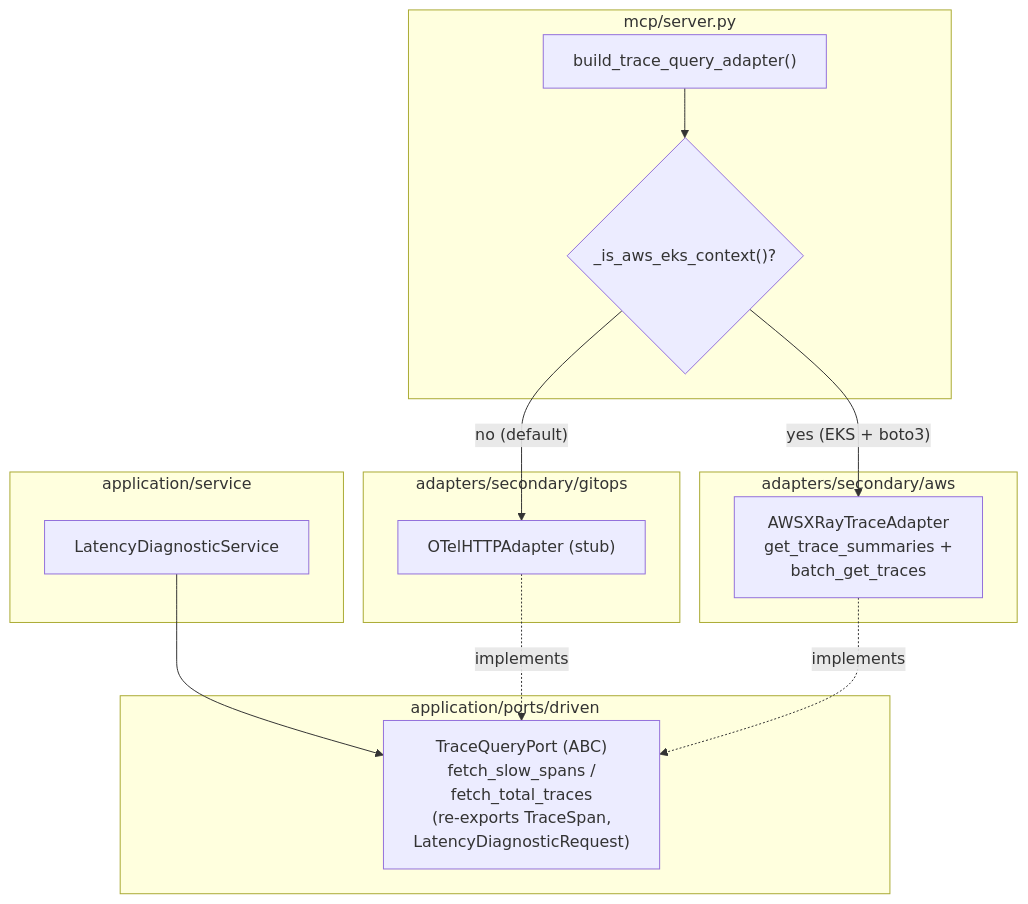
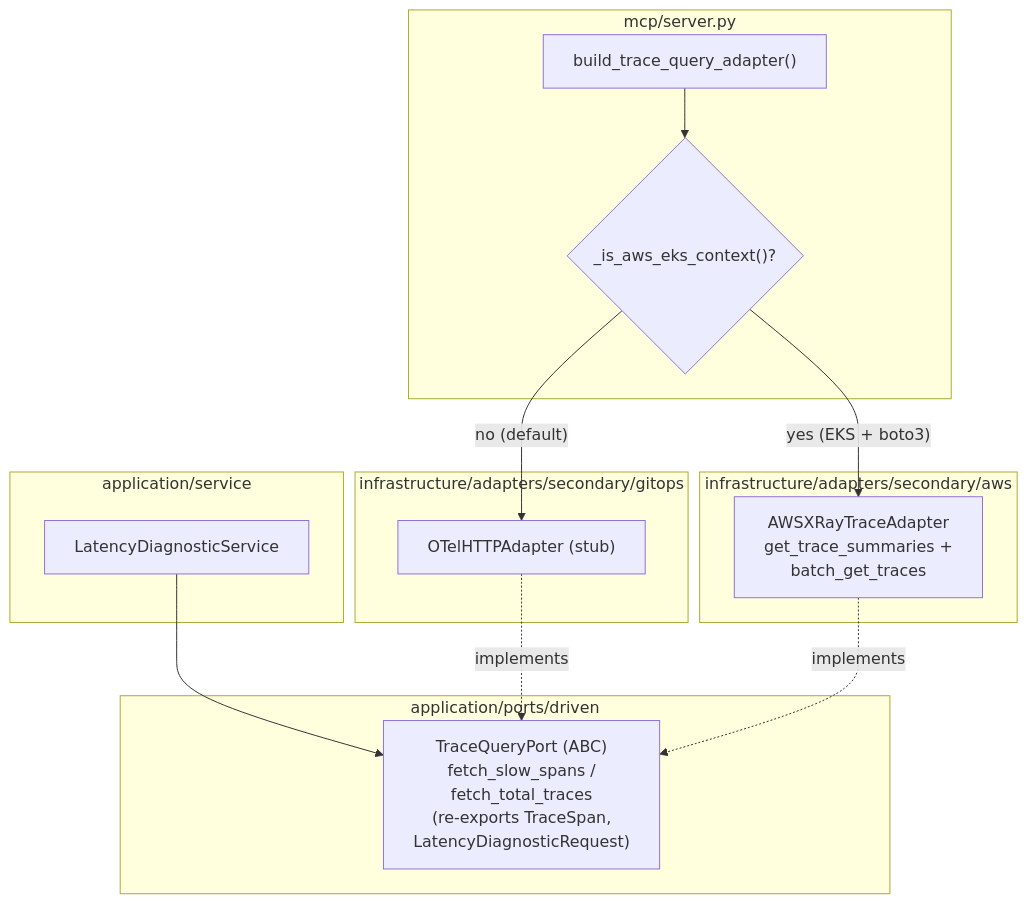
The diagram in docs/architecture/diagrams/components/aws-xray-trace-provider-aware.md (hexa-tools/hexawyn), drawn with Mermaid before and after one commit. The commit also changed other lines of this file and 7533 other files, not shown here.

````diff
--- a/docs/architecture/diagrams/components/aws-xray-trace-provider-aware.md
+++ b/docs/architecture/diagrams/components/aws-xray-trace-provider-aware.md
@@ -9,30 +9,30 @@
 ```mermaid
 flowchart TB
     subgraph Service["application/service"]
         LAT["LatencyDiagnosticService"]
     end
 
     subgraph Port["application/ports/driven"]
         TQP["TraceQueryPort (ABC)<br/>fetch_slow_spans /<br/>fetch_total_traces<br/>(re-exports TraceSpan,<br/>LatencyDiagnosticRequest)"]
     end
 
     subgraph Wiring["mcp/server.py"]
         BUILD["build_trace_query_adapter()"]
         ISAWS{"_is_aws_eks_context()?"}
         BUILD --> ISAWS
     end
 
-    subgraph OTel["adapters/secondary/gitops"]
+    subgraph OTel["infrastructure/adapters/secondary/gitops"]
         STUB["OTelHTTPAdapter (stub)"]
     end
 
-    subgraph AWS["adapters/secondary/aws"]
+    subgraph AWS["infrastructure/adapters/secondary/aws"]
         XRAY["AWSXRayTraceAdapter<br/>get_trace_summaries +<br/>batch_get_traces"]
     end
 
     LAT --> TQP
     ISAWS -->|"no (default)"| STUB
     ISAWS -->|"yes (EKS + boto3)"| XRAY
     STUB -.implements.-> TQP
     XRAY -.implements.-> TQP
 ```
````
